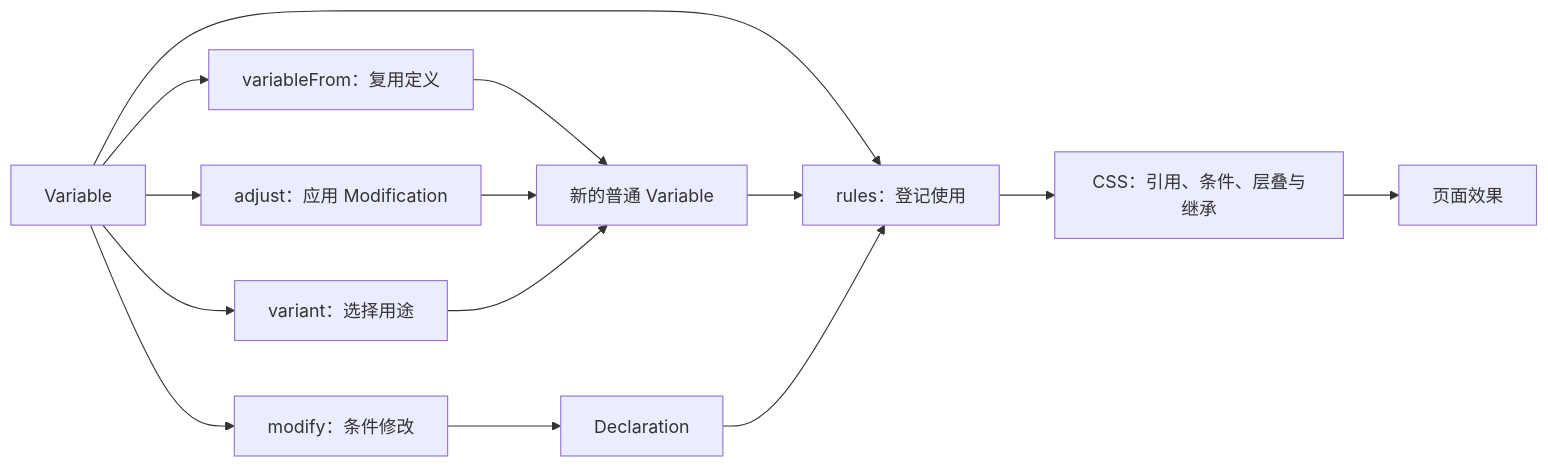
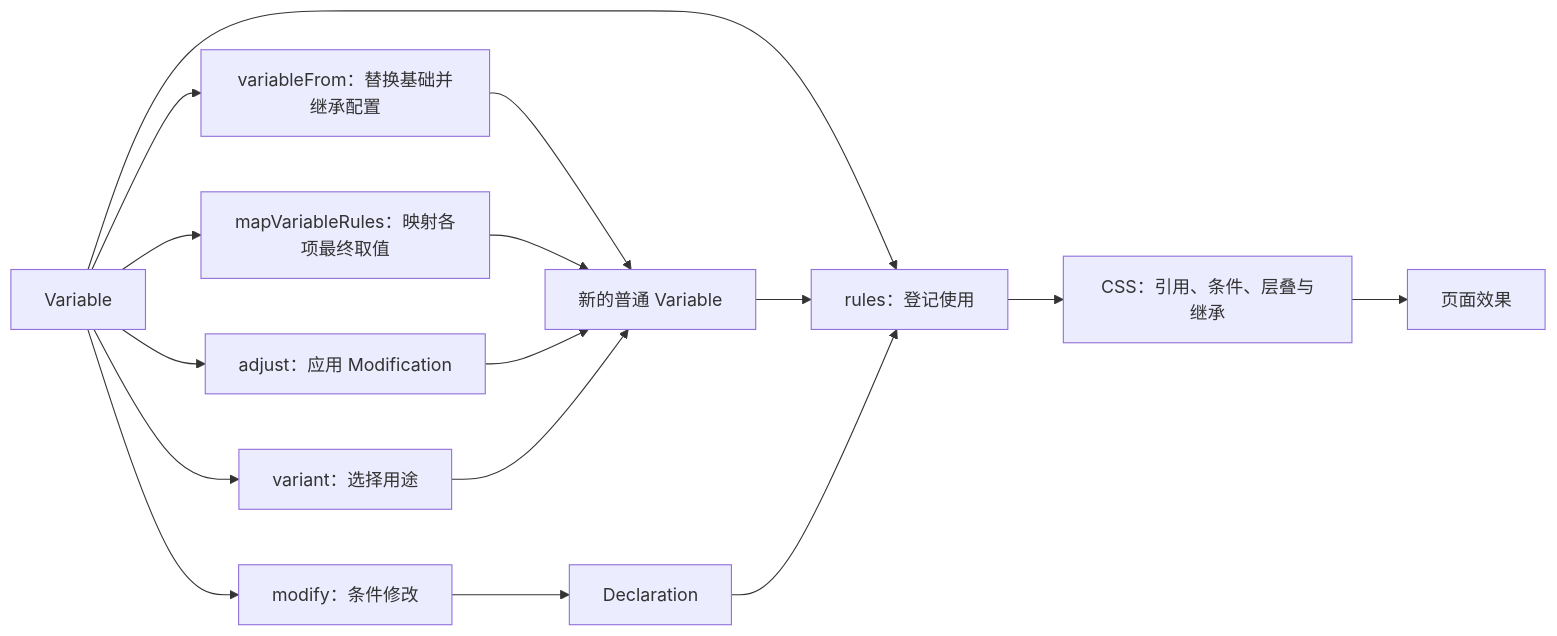
Before and after one commit to edsolater/uikit: the diagram in src/style-system/doc/behaviors/__spec.md, drawn with Mermaid. The commit also changed other lines of this file and 21 other files, not shown here.

Commit message:
🩹 使用 mapVariableRules

````diff
--- a/src/style-system/doc/behaviors/__spec.md
+++ b/src/style-system/doc/behaviors/__spec.md
@@ -11,16 +11,18 @@
 ```mermaid
 flowchart LR
-  V[Variable] --> F[variableFrom：复用定义]
+  V[Variable] --> F[variableFrom：替换基础并继承配置]
+  V --> Map[mapVariableRules：映射各项最终取值]
   V --> A[adjust：应用 Modification]
   V --> S[variant：选择用途]
   F --> N[新的普通 Variable]
+  Map --> N
   A --> N
   S --> N
   V --> R[rules：登记使用]
   N --> R
   V --> M[modify：条件修改]
   M --> D[Declaration]
   D --> R
   R --> CSS[CSS：引用、条件、层叠与继承]
   CSS --> P[页面效果]
 ```
````
